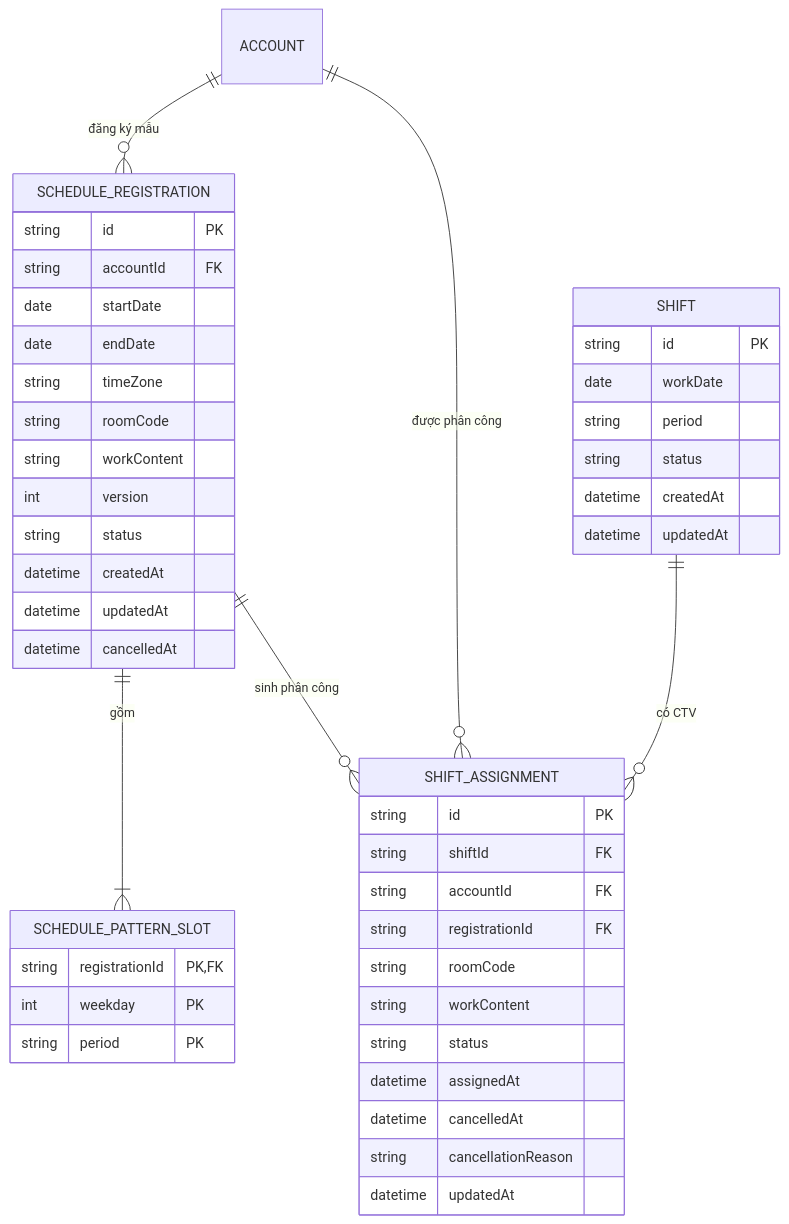
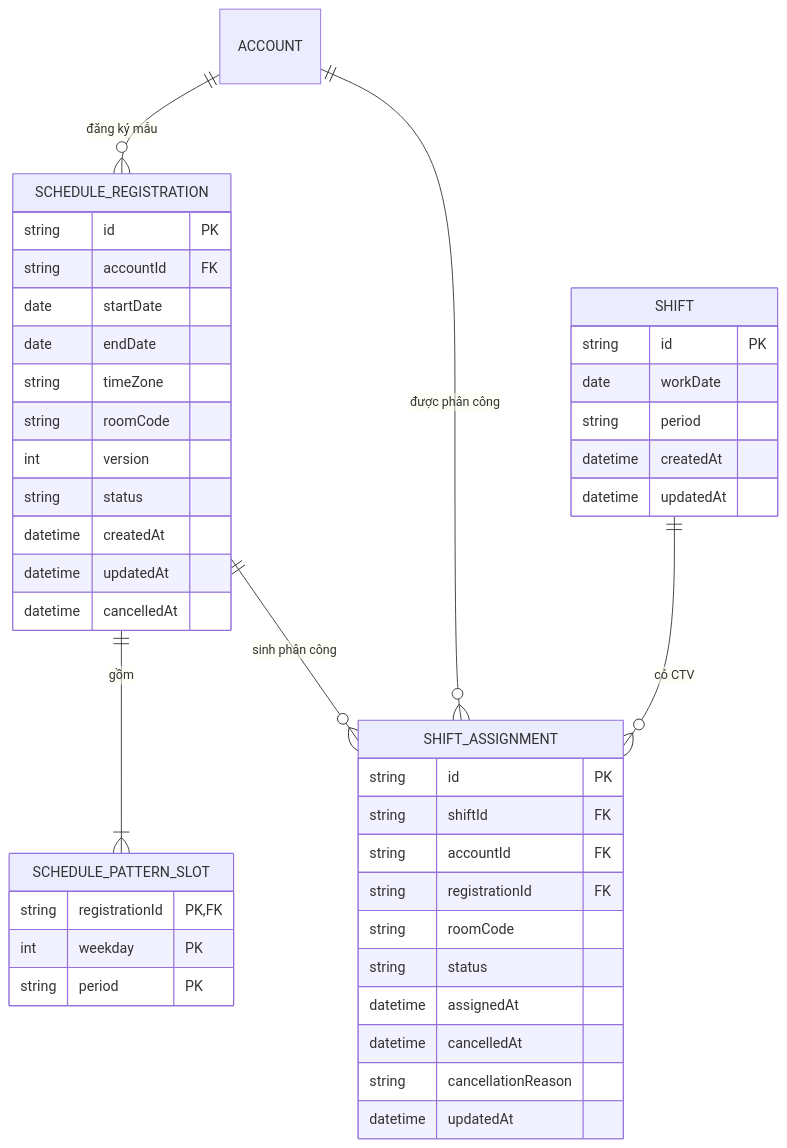
Before and after one commit to MINHDZVODICH/ctv-manage: the second of 2 diagrams in docs/DATABASE.md, drawn with Mermaid. The commit also changed other lines of this file and 227 other files, not shown here.

````diff
--- a/docs/DATABASE.md
+++ b/docs/DATABASE.md
@@ -106,52 +108,49 @@
 ```mermaid
 erDiagram
     ACCOUNT ||--o{ SCHEDULE_REGISTRATION : "đăng ký mẫu"
     SCHEDULE_REGISTRATION ||--|{ SCHEDULE_PATTERN_SLOT : "gồm"
     SCHEDULE_REGISTRATION ||--o{ SHIFT_ASSIGNMENT : "sinh phân công"
     ACCOUNT ||--o{ SHIFT_ASSIGNMENT : "được phân công"
     SHIFT ||--o{ SHIFT_ASSIGNMENT : "có CTV"
 
     SCHEDULE_REGISTRATION {
         string id PK
         string accountId FK
         date startDate
         date endDate
         string timeZone
         string roomCode
-        string workContent
         int version
         string status
         datetime createdAt
         datetime updatedAt
         datetime cancelledAt
     }
 
     SCHEDULE_PATTERN_SLOT {
         string registrationId PK,FK
         int weekday PK
         string period PK
     }
 
     SHIFT {
         string id PK
         date workDate
         string period
-        string status
         datetime createdAt
         datetime updatedAt
     }
 
     SHIFT_ASSIGNMENT {
         string id PK
         string shiftId FK
         string accountId FK
         string registrationId FK
         string roomCode
-        string workContent
         string status
         datetime assignedAt
         datetime cancelledAt
         string cancellationReason
         datetime updatedAt
     }
 ```
````
